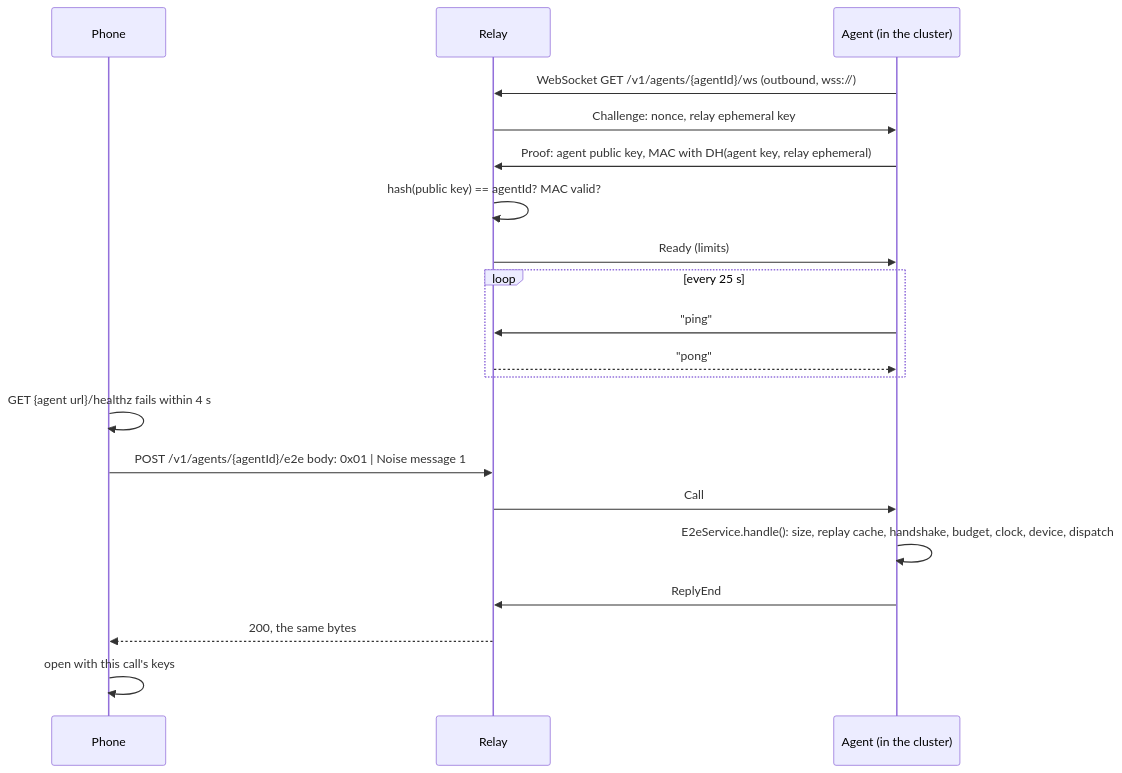
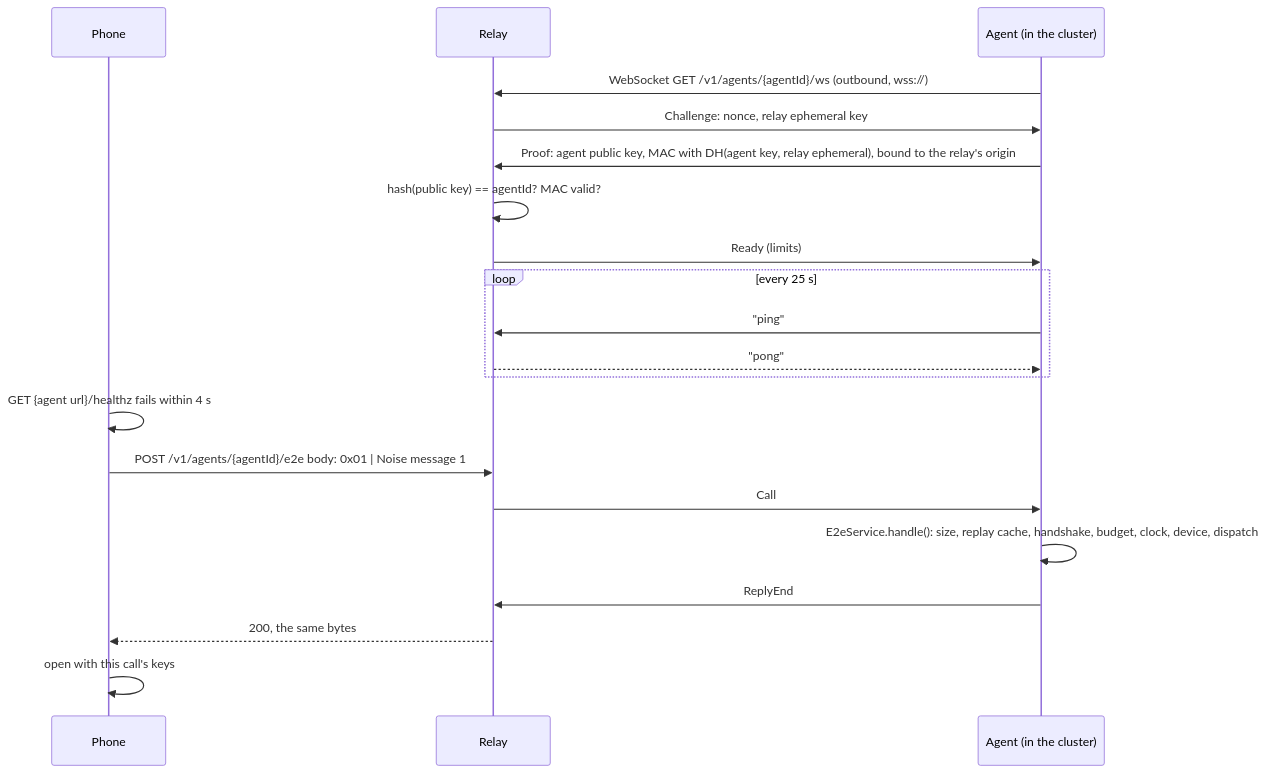
One commit to kubernanny/kubernanny changed the diagram in docs/RELAY.md. Above: the diagram before and after it, drawn with Mermaid. The commit also changed other lines of this file and 69 other files, not shown here.

````diff
--- a/docs/RELAY.md
+++ b/docs/RELAY.md
@@ -9,22 +9,22 @@
 ```mermaid
 sequenceDiagram
   participant P as Phone
   participant R as Relay
   participant A as Agent (in the cluster)
   A->>R: WebSocket GET /v1/agents/{agentId}/ws (outbound, wss://)
   R->>A: Challenge: nonce, relay ephemeral key
-  A->>R: Proof: agent public key, MAC with DH(agent key, relay ephemeral)
+  A->>R: Proof: agent public key, MAC with DH(agent key, relay ephemeral), bound to the relay's origin
   R->>R: hash(public key) == agentId? MAC valid?
   R->>A: Ready (limits)
   loop every 25 s
     A->>R: "ping"
     R-->>A: "pong"
   end
   P->>P: GET {agent url}/healthz fails within 4 s
   P->>R: POST /v1/agents/{agentId}/e2e  body: 0x01 | Noise message 1
   R->>A: Call #17: the same bytes
   A->>A: E2eService.handle(): size, replay cache, handshake, budget, clock, device, dispatch
   A->>R: ReplyEnd #17: status 200, 0x01 | message 2 | frames
   R-->>P: 200, the same bytes
   P->>P: open with this call's keys
 ```
````
